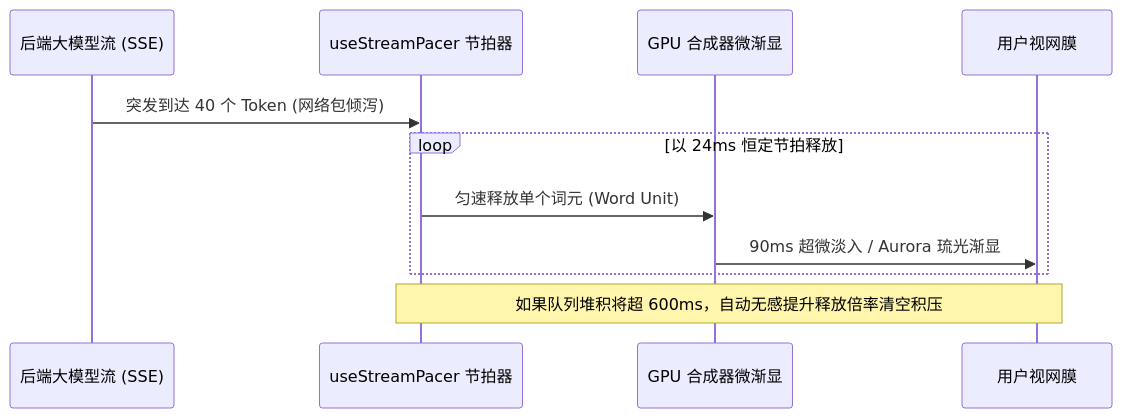
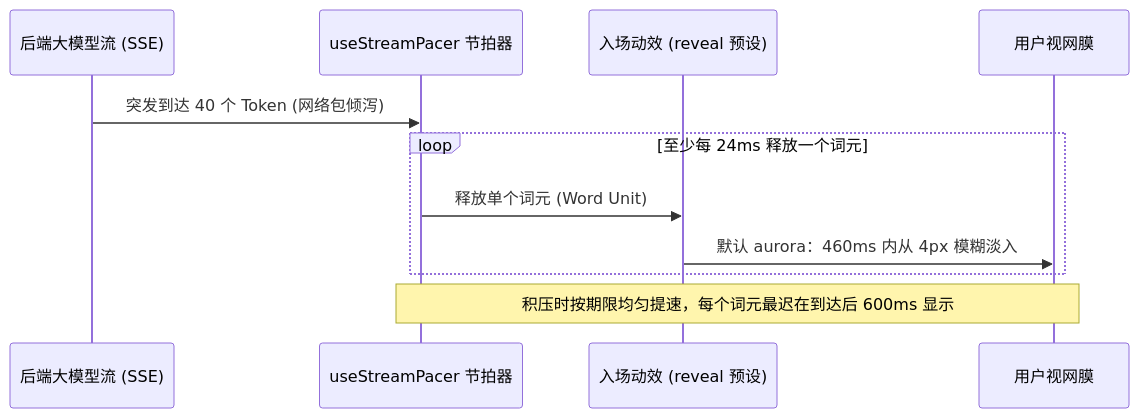
Before and after one commit to talex-touch/talex-touch: the diagram in docs/design/concepts/06-ai-native-streaming-interfaces.md, drawn with Mermaid. The commit also changed other lines of this file and 8 other files, not shown here.

````diff
--- a/docs/design/concepts/06-ai-native-streaming-interfaces.md
+++ b/docs/design/concepts/06-ai-native-streaming-interfaces.md
@@ -32,14 +42,14 @@
 ```mermaid
 sequenceDiagram
     participant LLM as 后端大模型流 (SSE)
     participant Pacer as useStreamPacer 节拍器
-    participant Compositor as GPU 合成器微渐显
+    participant Reveal as 入场动效 (reveal 预设)
     participant User as 用户视网膜
 
     LLM->>Pacer: 突发到达 40 个 Token (网络包倾泻)
-    loop 以 24ms 恒定节拍释放
-        Pacer->>Compositor: 匀速释放单个词元 (Word Unit)
-        Compositor->>User: 90ms 超微淡入 / Aurora 琉光渐显
+    loop 至少每 24ms 释放一个词元
+        Pacer->>Reveal: 释放单个词元 (Word Unit)
+        Reveal->>User: 默认 aurora：460ms 内从 4px 模糊淡入
     end
-    Note over Pacer,User: 如果队列堆积将超 600ms，自动无感提升释放倍率清空积压
+    Note over Pacer,User: 积压时按期限均匀提速，每个词元最迟在到达后 600ms 显示
 ```
````
